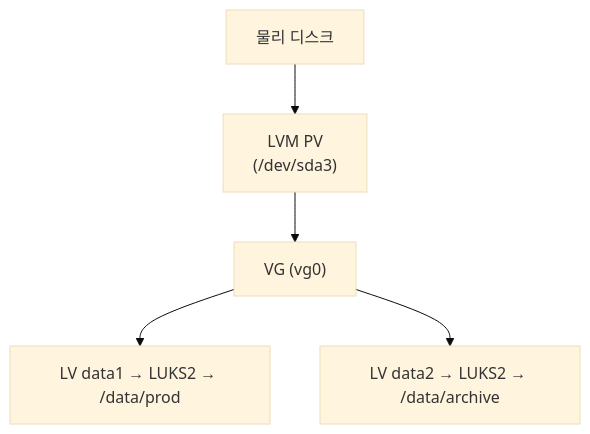
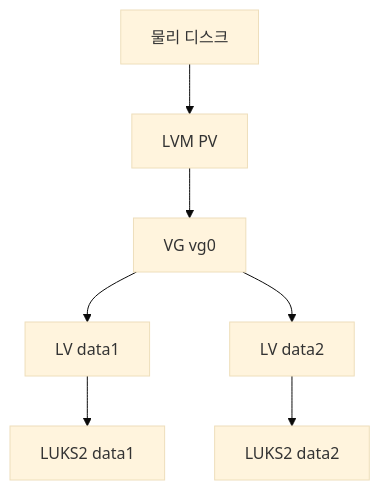
Before and after one commit to moonblueblue/devops-wiki: the seventh of 9 diagrams in content/linux/linux-security/luks-dm-crypt.md, drawn with Mermaid (base theme). The commit also changed other lines of this file and 37 other files, not shown here.

First line of the commit message:
style: linux 카테고리 ASCII 도표·Mermaid 라벨 형식 교정

````diff
--- a/content/linux/linux-security/luks-dm-crypt.md
+++ b/content/linux/linux-security/luks-dm-crypt.md
@@ -554,7 +586,9 @@
 ```mermaid
 graph TD
-    A[물리 디스크] --> B["LVM PV\n(/dev/sda3)"]
-    B --> C["VG (vg0)"]
-    C --> D["LV data1 → LUKS2 → /data/prod"]
-    C --> E["LV data2 → LUKS2 → /data/archive"]
+    A[물리 디스크] --> B["LVM PV"]
+    B --> C["VG vg0"]
+    C --> D["LV data1"]
+    C --> E["LV data2"]
+    D --> D1["LUKS2 data1"]
+    E --> E1["LUKS2 data2"]
 ```
````
